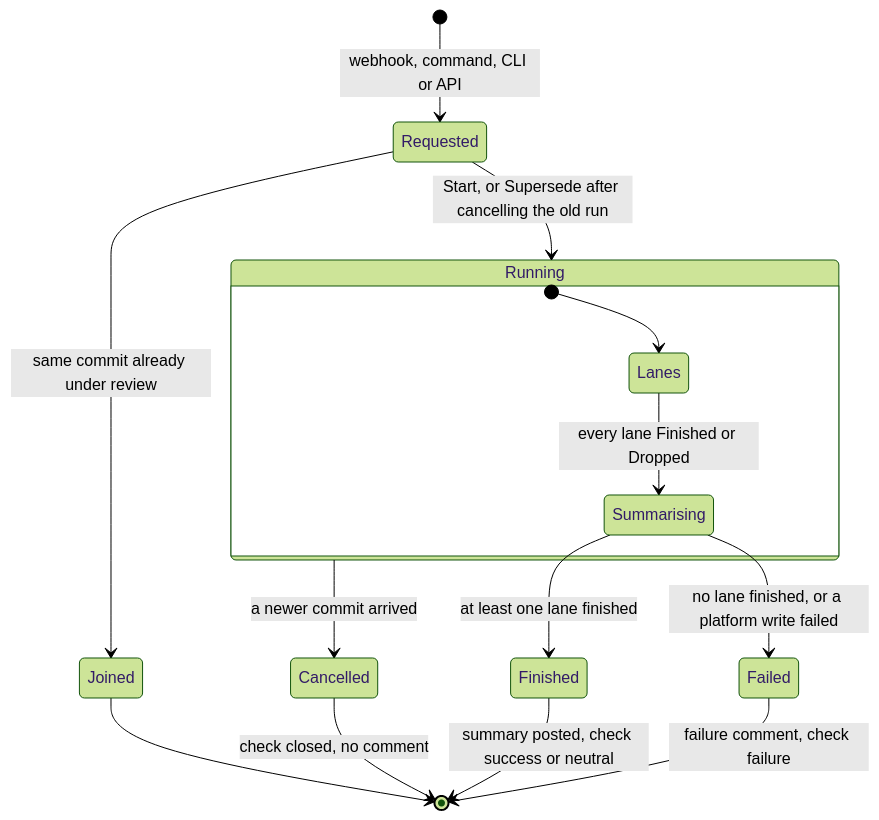
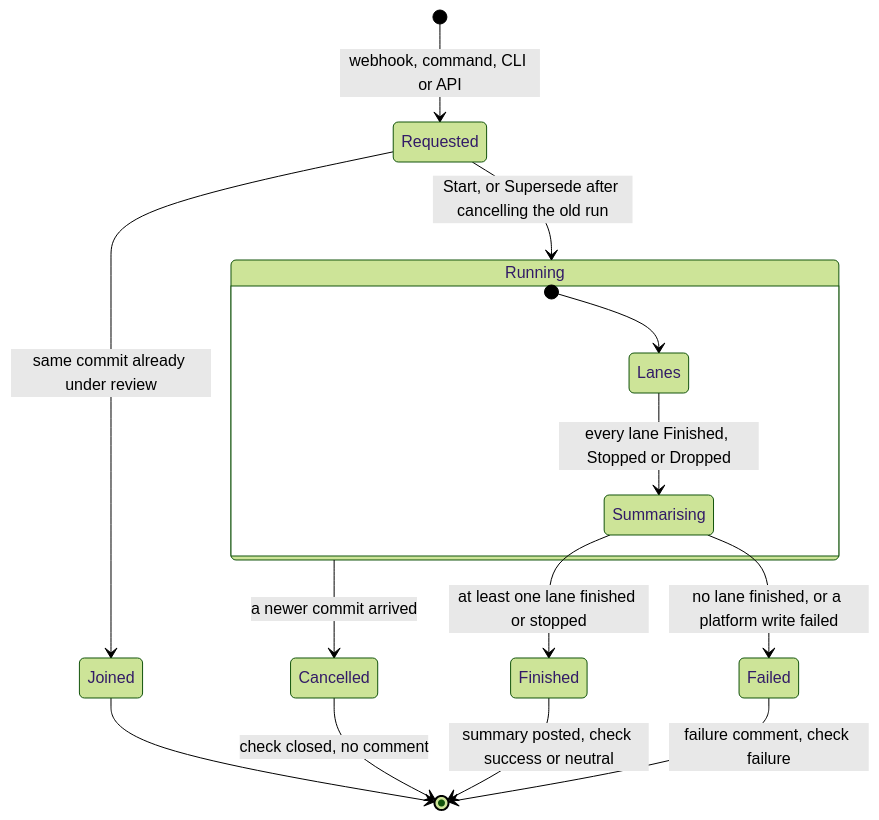
One commit to StephanMeijer/meneerhenk changed the fifth of 10 diagrams in ARCHITECTURE.md. Above: the diagram before and after it, drawn with Mermaid (forest theme). The commit also changed other lines of this file and 7 other files, not shown here.

````diff
--- a/ARCHITECTURE.md
+++ b/ARCHITECTURE.md
@@ -249,17 +250,17 @@
 ```mermaid
 stateDiagram-v2
     [*] --> Requested: webhook, command, CLI or API
     Requested --> Joined: same commit already under review
     Requested --> Running: Start, or Supersede after cancelling the old run
     Joined --> [*]
     state Running {
         [*] --> Lanes
-        Lanes --> Summarising: every lane Finished or Dropped
+        Lanes --> Summarising: every lane Finished, Stopped or Dropped
     }
     Running --> Cancelled: a newer commit arrived
-    Summarising --> Finished: at least one lane finished
+    Summarising --> Finished: at least one lane finished or stopped
     Summarising --> Failed: no lane finished, or a platform write failed
     Cancelled --> [*]: check closed, no comment
     Finished --> [*]: summary posted, check success or neutral
     Failed --> [*]: failure comment, check failure
 ```
````
